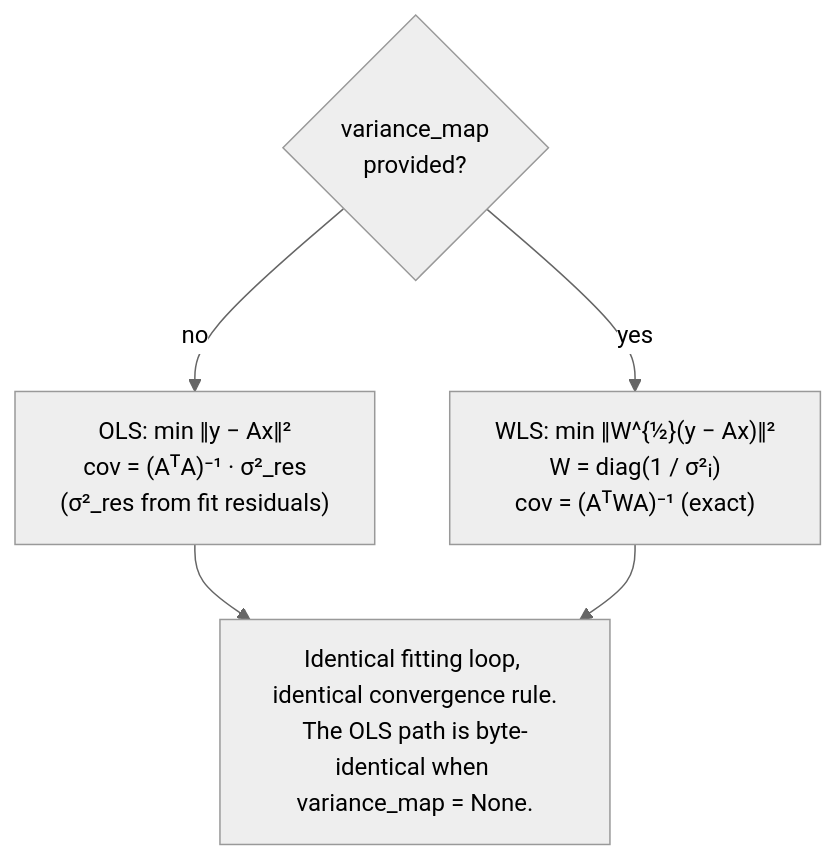
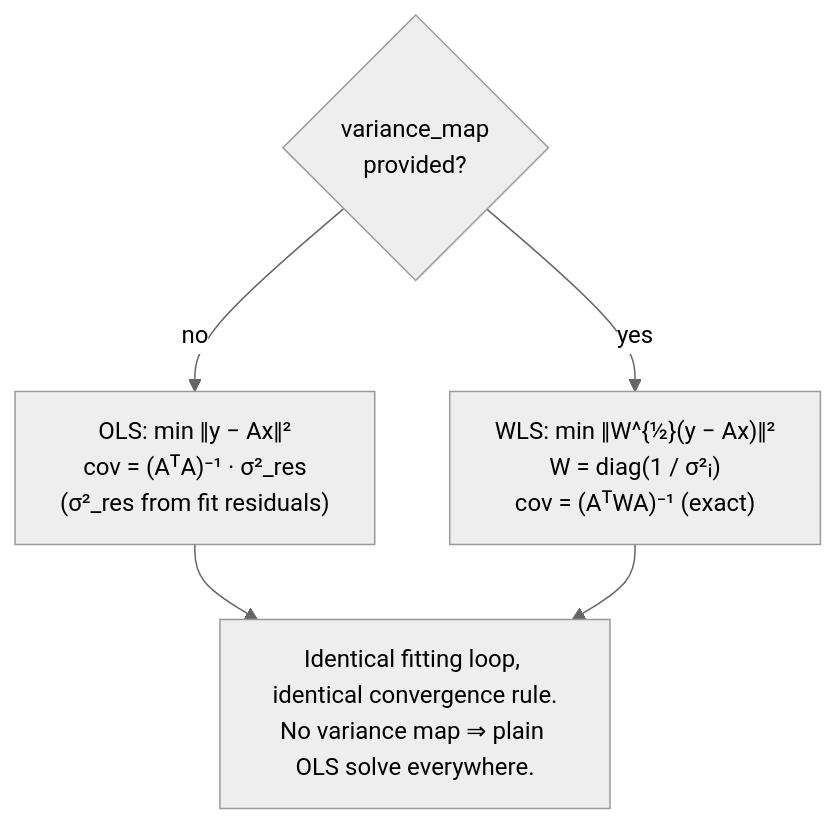
Before and after one commit to MassiveSeaOtters/isoster: the fourth of 6 diagrams in docs/reference/algorithm-walkthrough.md, drawn with Mermaid (neutral theme). The commit also changed other lines of this file and 23 other files, not shown here.

````diff
--- a/docs/reference/algorithm-walkthrough.md
+++ b/docs/reference/algorithm-walkthrough.md
@@ -180,8 +192,8 @@
 ```mermaid
 flowchart TD
     VMChk{"variance_map<br/>provided?"}
     VMChk -- no --> OLS["OLS: min ‖y − Ax‖²<br/>cov = (AᵀA)⁻¹ · σ²_res<br/>(σ²_res from fit residuals)"]
     VMChk -- yes --> WLS["WLS: min ‖W^{½}(y − Ax)‖²<br/>W = diag(1 / σ²ᵢ)<br/>cov = (AᵀWA)⁻¹  (exact)"]
-    OLS --> Same["Identical fitting loop, identical convergence rule.<br/>The OLS path is byte-identical when variance_map = None."]
+    OLS --> Same["Identical fitting loop, identical convergence rule.<br/>No variance map ⇒ plain OLS solve everywhere."]
     WLS --> Same
 ```
````
